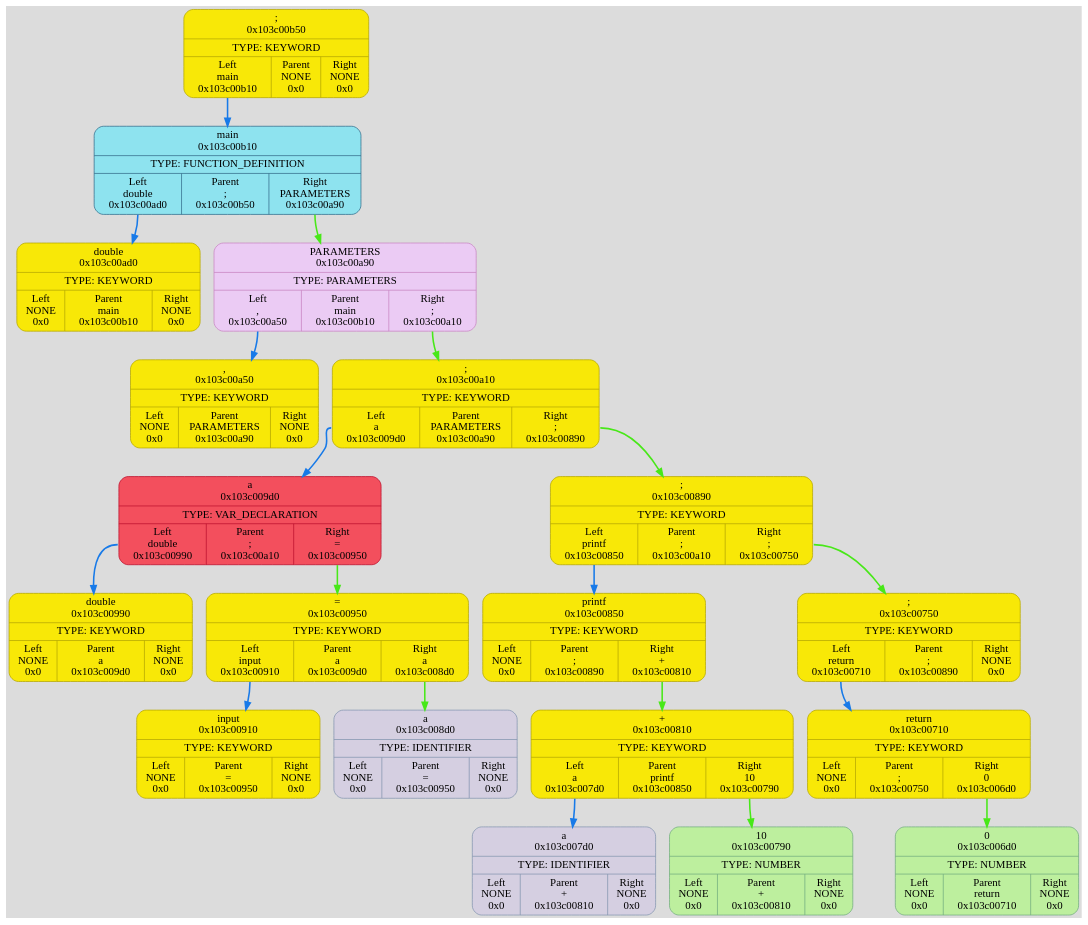
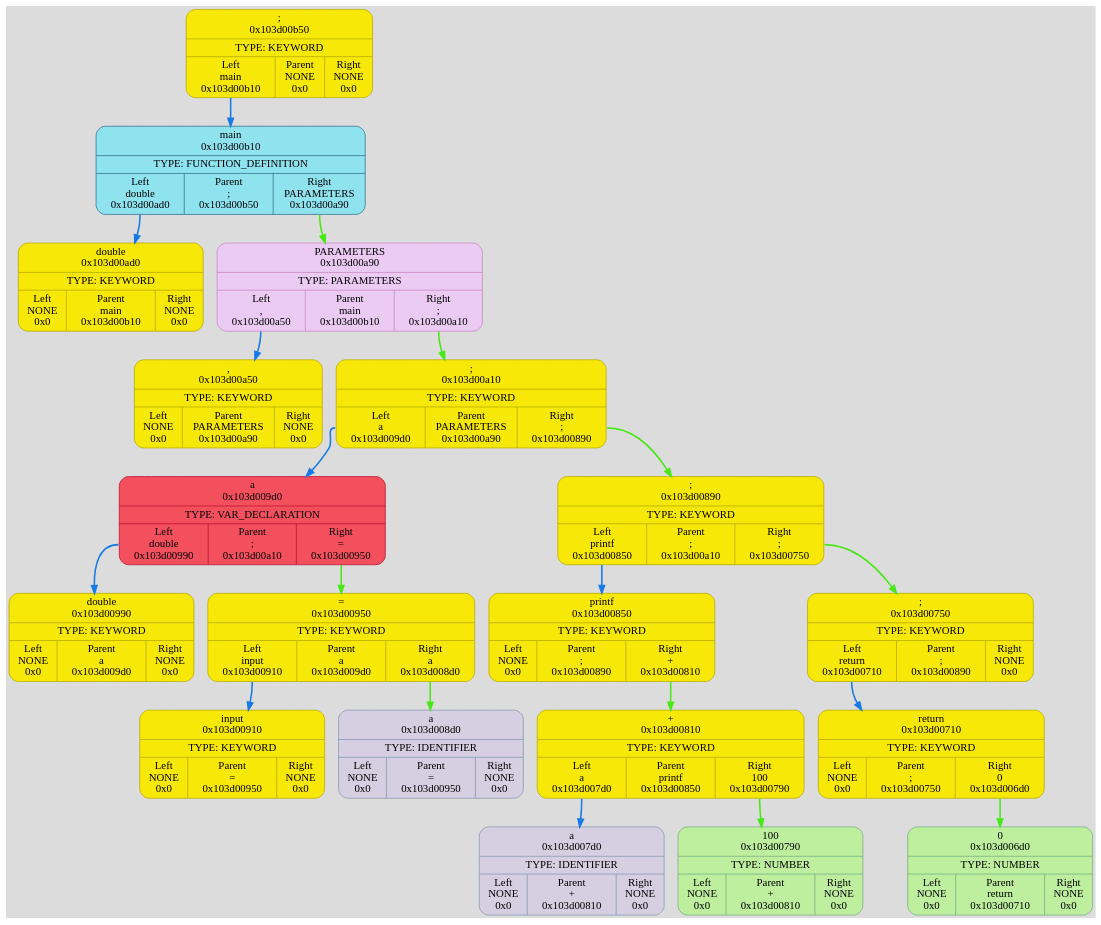
One commit to TolikRogov/Language changed the diagram in Backend/dump/graph.dot. Above: the diagram before and after it, drawn with Graphviz. The commit also changed 16 other files, not shown here.

```diff
--- a/Backend/dump/graph.dot
+++ b/Backend/dump/graph.dot
@@ -1,42 +1,42 @@
 digraph {
 	fontname = "UbuntuMono";
 	bgcolor = "#DCDCDC";
 
-	node0x103c00b50 [ shape = Mrecord; style = filled; fillcolor = "#F8E807"; color = "#B6AA05"; fontcolor = "#000000"; label = " { ;\n0x103c00b50 | TYPE: KEYWORD| { <left> Left\nmain\n0x103c00b10 | Parent\nNONE\n0x0 | <right> Right\nNONE\n0x0 } } "; ];
-	node0x103c00b50:<left> -> node0x103c00b10 [ style = "bold"; color = "#187AE8"; label = ""; ];
-	node0x103c00b10 [ shape = Mrecord; style = filled; fillcolor = "#8EE3EF"; color = "#37718E"; fontcolor = "#000000"; label = " { main\n0x103c00b10 | TYPE: FUNCTION_DEFINITION| { <left> Left\ndouble\n0x103c00ad0 | Parent\n;\n0x103c00b50 | <right> Right\nPARAMETERS\n0x103c00a90 } } "; ];
-	node0x103c00b10:<left> -> node0x103c00ad0 [ style = "bold"; color = "#187AE8"; label = ""; ];
-	node0x103c00ad0 [ shape = Mrecord; style = filled; fillcolor = "#F8E807"; color = "#B6AA05"; fontcolor = "#000000"; label = " { double\n0x103c00ad0 | TYPE: KEYWORD| { <left> Left\nNONE\n0x0 | Parent\nmain\n0x103c00b10 | <right> Right\nNONE\n0x0 } } "; ];
-	node0x103c00a90 [ shape = Mrecord; style = filled; fillcolor = "#EBCBF4"; color = "#C986C3"; fontcolor = "#000000"; label = " { PARAMETERS\n0x103c00a90 | TYPE: PARAMETERS| { <left> Left\n,\n0x103c00a50 | Parent\nmain\n0x103c00b10 | <right> Right\n;\n0x103c00a10 } } "; ];
-	node0x103c00a90:<left> -> node0x103c00a50 [ style = "bold"; color = "#187AE8"; label = ""; ];
-	node0x103c00a50 [ shape = Mrecord; style = filled; fillcolor = "#F8E807"; color = "#B6AA05"; fontcolor = "#000000"; label = " { ,\n0x103c00a50 | TYPE: KEYWORD| { <left> Left\nNONE\n0x0 | Parent\nPARAMETERS\n0x103c00a90 | <right> Right\nNONE\n0x0 } } "; ];
-	node0x103c00a10 [ shape = Mrecord; style = filled; fillcolor = "#F8E807"; color = "#B6AA05"; fontcolor = "#000000"; label = " { ;\n0x103c00a10 | TYPE: KEYWORD| { <left> Left\na\n0x103c009d0 | Parent\nPARAMETERS\n0x103c00a90 | <right> Right\n;\n0x103c00890 } } "; ];
-	node0x103c00a10:<left> -> node0x103c009d0 [ style = "bold"; color = "#187AE8"; label = ""; ];
-	node0x103c009d0 [ shape = Mrecord; style = filled; fillcolor = "#F34F5D"; color = "#BD132F"; fontcolor = "#000000"; label = " { a\n0x103c009d0 | TYPE: VAR_DECLARATION| { <left> Left\ndouble\n0x103c00990 | Parent\n;\n0x103c00a10 | <right> Right\n=\n0x103c00950 } } "; ];
-	node0x103c009d0:<left> -> node0x103c00990 [ style = "bold"; color = "#187AE8"; label = ""; ];
-	node0x103c00990 [ shape = Mrecord; style = filled; fillcolor = "#F8E807"; color = "#B6AA05"; fontcolor = "#000000"; label = " { double\n0x103c00990 | TYPE: KEYWORD| { <left> Left\nNONE\n0x0 | Parent\na\n0x103c009d0 | <right> Right\nNONE\n0x0 } } "; ];
-	node0x103c00950 [ shape = Mrecord; style = filled; fillcolor = "#F8E807"; color = "#B6AA05"; fontcolor = "#000000"; label = " { =\n0x103c00950 | TYPE: KEYWORD| { <left> Left\ninput\n0x103c00910 | Parent\na\n0x103c009d0 | <right> Right\na\n0x103c008d0 } } "; ];
-	node0x103c00950:<left> -> node0x103c00910 [ style = "bold"; color = "#187AE8"; label = ""; ];
-	node0x103c00910 [ shape = Mrecord; style = filled; fillcolor = "#F8E807"; color = "#B6AA05"; fontcolor = "#000000"; label = " { input\n0x103c00910 | TYPE: KEYWORD| { <left> Left\nNONE\n0x0 | Parent\n=\n0x103c00950 | <right> Right\nNONE\n0x0 } } "; ];
-	node0x103c008d0 [ shape = Mrecord; style = filled; fillcolor = "#D5CFE1"; color = "#8797b2"; fontcolor = "#000000"; label = " { a\n0x103c008d0 | TYPE: IDENTIFIER| { <left> Left\nNONE\n0x0 | Parent\n=\n0x103c00950 | <right> Right\nNONE\n0x0 } } "; ];
-	node0x103c00950:<right> -> node0x103c008d0 [ style = "bold"; color = "#48E818"; label = ""; ];
-	node0x103c009d0:<right> -> node0x103c00950 [ style = "bold"; color = "#48E818"; label = ""; ];
-	node0x103c00890 [ shape = Mrecord; style = filled; fillcolor = "#F8E807"; color = "#B6AA05"; fontcolor = "#000000"; label = " { ;\n0x103c00890 | TYPE: KEYWORD| { <left> Left\nprintf\n0x103c00850 | Parent\n;\n0x103c00a10 | <right> Right\n;\n0x103c00750 } } "; ];
-	node0x103c00890:<left> -> node0x103c00850 [ style = "bold"; color = "#187AE8"; label = ""; ];
-	node0x103c00850 [ shape = Mrecord; style = filled; fillcolor = "#F8E807"; color = "#B6AA05"; fontcolor = "#000000"; label = " { printf\n0x103c00850 | TYPE: KEYWORD| { <left> Left\nNONE\n0x0 | Parent\n;\n0x103c00890 | <right> Right\n+\n0x103c00810 } } "; ];
-	node0x103c00810 [ shape = Mrecord; style = filled; fillcolor = "#F8E807"; color = "#B6AA05"; fontcolor = "#000000"; label = " { +\n0x103c00810 | TYPE: KEYWORD| { <left> Left\na\n0x103c007d0 | Parent\nprintf\n0x103c00850 | <right> Right\n10\n0x103c00790 } } "; ];
-	node0x103c00810:<left> -> node0x103c007d0 [ style = "bold"; color = "#187AE8"; label = ""; ];
-	node0x103c007d0 [ shape = Mrecord; style = filled; fillcolor = "#D5CFE1"; color = "#8797b2"; fontcolor = "#000000"; label = " { a\n0x103c007d0 | TYPE: IDENTIFIER| { <left> Left\nNONE\n0x0 | Parent\n+\n0x103c00810 | <right> Right\nNONE\n0x0 } } "; ];
-	node0x103c00790 [ shape = Mrecord; style = filled; fillcolor = "#BDEF9E"; color = "#74AF80"; fontcolor = "#000000"; label = " { 10\n0x103c00790 | TYPE: NUMBER| { <left> Left\nNONE\n0x0 | Parent\n+\n0x103c00810 | <right> Right\nNONE\n0x0 } } "; ];
-	node0x103c00810:<right> -> node0x103c00790 [ style = "bold"; color = "#48E818"; label = ""; ];
-	node0x103c00850:<right> -> node0x103c00810 [ style = "bold"; color = "#48E818"; label = ""; ];
-	node0x103c00750 [ shape = Mrecord; style = filled; fillcolor = "#F8E807"; color = "#B6AA05"; fontcolor = "#000000"; label = " { ;\n0x103c00750 | TYPE: KEYWORD| { <left> Left\nreturn\n0x103c00710 | Parent\n;\n0x103c00890 | <right> Right\nNONE\n0x0 } } "; ];
-	node0x103c00750:<left> -> node0x103c00710 [ style = "bold"; color = "#187AE8"; label = ""; ];
-	node0x103c00710 [ shape = Mrecord; style = filled; fillcolor = "#F8E807"; color = "#B6AA05"; fontcolor = "#000000"; label = " { return\n0x103c00710 | TYPE: KEYWORD| { <left> Left\nNONE\n0x0 | Parent\n;\n0x103c00750 | <right> Right\n0\n0x103c006d0 } } "; ];
-	node0x103c006d0 [ shape = Mrecord; style = filled; fillcolor = "#BDEF9E"; color = "#74AF80"; fontcolor = "#000000"; label = " { 0\n0x103c006d0 | TYPE: NUMBER| { <left> Left\nNONE\n0x0 | Parent\nreturn\n0x103c00710 | <right> Right\nNONE\n0x0 } } "; ];
-	node0x103c00710:<right> -> node0x103c006d0 [ style = "bold"; color = "#48E818"; label = ""; ];
-	node0x103c00890:<right> -> node0x103c00750 [ style = "bold"; color = "#48E818"; label = ""; ];
-	node0x103c00a10:<right> -> node0x103c00890 [ style = "bold"; color = "#48E818"; label = ""; ];
-	node0x103c00a90:<right> -> node0x103c00a10 [ style = "bold"; color = "#48E818"; label = ""; ];
-	node0x103c00b10:<right> -> node0x103c00a90 [ style = "bold"; color = "#48E818"; label = ""; ];
+	node0x103d00b50 [ shape = Mrecord; style = filled; fillcolor = "#F8E807"; color = "#B6AA05"; fontcolor = "#000000"; label = " { ;\n0x103d00b50 | TYPE: KEYWORD| { <left> Left\nmain\n0x103d00b10 | Parent\nNONE\n0x0 | <right> Right\nNONE\n0x0 } } "; ];
+	node0x103d00b50:<left> -> node0x103d00b10 [ style = "bold"; color = "#187AE8"; label = ""; ];
+	node0x103d00b10 [ shape = Mrecord; style = filled; fillcolor = "#8EE3EF"; color = "#37718E"; fontcolor = "#000000"; label = " { main\n0x103d00b10 | TYPE: FUNCTION_DEFINITION| { <left> Left\ndouble\n0x103d00ad0 | Parent\n;\n0x103d00b50 | <right> Right\nPARAMETERS\n0x103d00a90 } } "; ];
+	node0x103d00b10:<left> -> node0x103d00ad0 [ style = "bold"; color = "#187AE8"; label = ""; ];
+	node0x103d00ad0 [ shape = Mrecord; style = filled; fillcolor = "#F8E807"; color = "#B6AA05"; fontcolor = "#000000"; label = " { double\n0x103d00ad0 | TYPE: KEYWORD| { <left> Left\nNONE\n0x0 | Parent\nmain\n0x103d00b10 | <right> Right\nNONE\n0x0 } } "; ];
+	node0x103d00a90 [ shape = Mrecord; style = filled; fillcolor = "#EBCBF4"; color = "#C986C3"; fontcolor = "#000000"; label = " { PARAMETERS\n0x103d00a90 | TYPE: PARAMETERS| { <left> Left\n,\n0x103d00a50 | Parent\nmain\n0x103d00b10 | <right> Right\n;\n0x103d00a10 } } "; ];
+	node0x103d00a90:<left> -> node0x103d00a50 [ style = "bold"; color = "#187AE8"; label = ""; ];
+	node0x103d00a50 [ shape = Mrecord; style = filled; fillcolor = "#F8E807"; color = "#B6AA05"; fontcolor = "#000000"; label = " { ,\n0x103d00a50 | TYPE: KEYWORD| { <left> Left\nNONE\n0x0 | Parent\nPARAMETERS\n0x103d00a90 | <right> Right\nNONE\n0x0 } } "; ];
+	node0x103d00a10 [ shape = Mrecord; style = filled; fillcolor = "#F8E807"; color = "#B6AA05"; fontcolor = "#000000"; label = " { ;\n0x103d00a10 | TYPE: KEYWORD| { <left> Left\na\n0x103d009d0 | Parent\nPARAMETERS\n0x103d00a90 | <right> Right\n;\n0x103d00890 } } "; ];
+	node0x103d00a10:<left> -> node0x103d009d0 [ style = "bold"; color = "#187AE8"; label = ""; ];
+	node0x103d009d0 [ shape = Mrecord; style = filled; fillcolor = "#F34F5D"; color = "#BD132F"; fontcolor = "#000000"; label = " { a\n0x103d009d0 | TYPE: VAR_DECLARATION| { <left> Left\ndouble\n0x103d00990 | Parent\n;\n0x103d00a10 | <right> Right\n=\n0x103d00950 } } "; ];
+	node0x103d009d0:<left> -> node0x103d00990 [ style = "bold"; color = "#187AE8"; label = ""; ];
+	node0x103d00990 [ shape = Mrecord; style = filled; fillcolor = "#F8E807"; color = "#B6AA05"; fontcolor = "#000000"; label = " { double\n0x103d00990 | TYPE: KEYWORD| { <left> Left\nNONE\n0x0 | Parent\na\n0x103d009d0 | <right> Right\nNONE\n0x0 } } "; ];
+	node0x103d00950 [ shape = Mrecord; style = filled; fillcolor = "#F8E807"; color = "#B6AA05"; fontcolor = "#000000"; label = " { =\n0x103d00950 | TYPE: KEYWORD| { <left> Left\ninput\n0x103d00910 | Parent\na\n0x103d009d0 | <right> Right\na\n0x103d008d0 } } "; ];
+	node0x103d00950:<left> -> node0x103d00910 [ style = "bold"; color = "#187AE8"; label = ""; ];
+	node0x103d00910 [ shape = Mrecord; style = filled; fillcolor = "#F8E807"; color = "#B6AA05"; fontcolor = "#000000"; label = " { input\n0x103d00910 | TYPE: KEYWORD| { <left> Left\nNONE\n0x0 | Parent\n=\n0x103d00950 | <right> Right\nNONE\n0x0 } } "; ];
+	node0x103d008d0 [ shape = Mrecord; style = filled; fillcolor = "#D5CFE1"; color = "#8797b2"; fontcolor = "#000000"; label = " { a\n0x103d008d0 | TYPE: IDENTIFIER| { <left> Left\nNONE\n0x0 | Parent\n=\n0x103d00950 | <right> Right\nNONE\n0x0 } } "; ];
+	node0x103d00950:<right> -> node0x103d008d0 [ style = "bold"; color = "#48E818"; label = ""; ];
+	node0x103d009d0:<right> -> node0x103d00950 [ style = "bold"; color = "#48E818"; label = ""; ];
+	node0x103d00890 [ shape = Mrecord; style = filled; fillcolor = "#F8E807"; color = "#B6AA05"; fontcolor = "#000000"; label = " { ;\n0x103d00890 | TYPE: KEYWORD| { <left> Left\nprintf\n0x103d00850 | Parent\n;\n0x103d00a10 | <right> Right\n;\n0x103d00750 } } "; ];
+	node0x103d00890:<left> -> node0x103d00850 [ style = "bold"; color = "#187AE8"; label = ""; ];
+	node0x103d00850 [ shape = Mrecord; style = filled; fillcolor = "#F8E807"; color = "#B6AA05"; fontcolor = "#000000"; label = " { printf\n0x103d00850 | TYPE: KEYWORD| { <left> Left\nNONE\n0x0 | Parent\n;\n0x103d00890 | <right> Right\n+\n0x103d00810 } } "; ];
+	node0x103d00810 [ shape = Mrecord; style = filled; fillcolor = "#F8E807"; color = "#B6AA05"; fontcolor = "#000000"; label = " { +\n0x103d00810 | TYPE: KEYWORD| { <left> Left\na\n0x103d007d0 | Parent\nprintf\n0x103d00850 | <right> Right\n100\n0x103d00790 } } "; ];
+	node0x103d00810:<left> -> node0x103d007d0 [ style = "bold"; color = "#187AE8"; label = ""; ];
+	node0x103d007d0 [ shape = Mrecord; style = filled; fillcolor = "#D5CFE1"; color = "#8797b2"; fontcolor = "#000000"; label = " { a\n0x103d007d0 | TYPE: IDENTIFIER| { <left> Left\nNONE\n0x0 | Parent\n+\n0x103d00810 | <right> Right\nNONE\n0x0 } } "; ];
+	node0x103d00790 [ shape = Mrecord; style = filled; fillcolor = "#BDEF9E"; color = "#74AF80"; fontcolor = "#000000"; label = " { 100\n0x103d00790 | TYPE: NUMBER| { <left> Left\nNONE\n0x0 | Parent\n+\n0x103d00810 | <right> Right\nNONE\n0x0 } } "; ];
+	node0x103d00810:<right> -> node0x103d00790 [ style = "bold"; color = "#48E818"; label = ""; ];
+	node0x103d00850:<right> -> node0x103d00810 [ style = "bold"; color = "#48E818"; label = ""; ];
+	node0x103d00750 [ shape = Mrecord; style = filled; fillcolor = "#F8E807"; color = "#B6AA05"; fontcolor = "#000000"; label = " { ;\n0x103d00750 | TYPE: KEYWORD| { <left> Left\nreturn\n0x103d00710 | Parent\n;\n0x103d00890 | <right> Right\nNONE\n0x0 } } "; ];
+	node0x103d00750:<left> -> node0x103d00710 [ style = "bold"; color = "#187AE8"; label = ""; ];
+	node0x103d00710 [ shape = Mrecord; style = filled; fillcolor = "#F8E807"; color = "#B6AA05"; fontcolor = "#000000"; label = " { return\n0x103d00710 | TYPE: KEYWORD| { <left> Left\nNONE\n0x0 | Parent\n;\n0x103d00750 | <right> Right\n0\n0x103d006d0 } } "; ];
+	node0x103d006d0 [ shape = Mrecord; style = filled; fillcolor = "#BDEF9E"; color = "#74AF80"; fontcolor = "#000000"; label = " { 0\n0x103d006d0 | TYPE: NUMBER| { <left> Left\nNONE\n0x0 | Parent\nreturn\n0x103d00710 | <right> Right\nNONE\n0x0 } } "; ];
+	node0x103d00710:<right> -> node0x103d006d0 [ style = "bold"; color = "#48E818"; label = ""; ];
+	node0x103d00890:<right> -> node0x103d00750 [ style = "bold"; color = "#48E818"; label = ""; ];
+	node0x103d00a10:<right> -> node0x103d00890 [ style = "bold"; color = "#48E818"; label = ""; ];
+	node0x103d00a90:<right> -> node0x103d00a10 [ style = "bold"; color = "#48E818"; label = ""; ];
+	node0x103d00b10:<right> -> node0x103d00a90 [ style = "bold"; color = "#48E818"; label = ""; ];
 }
```
